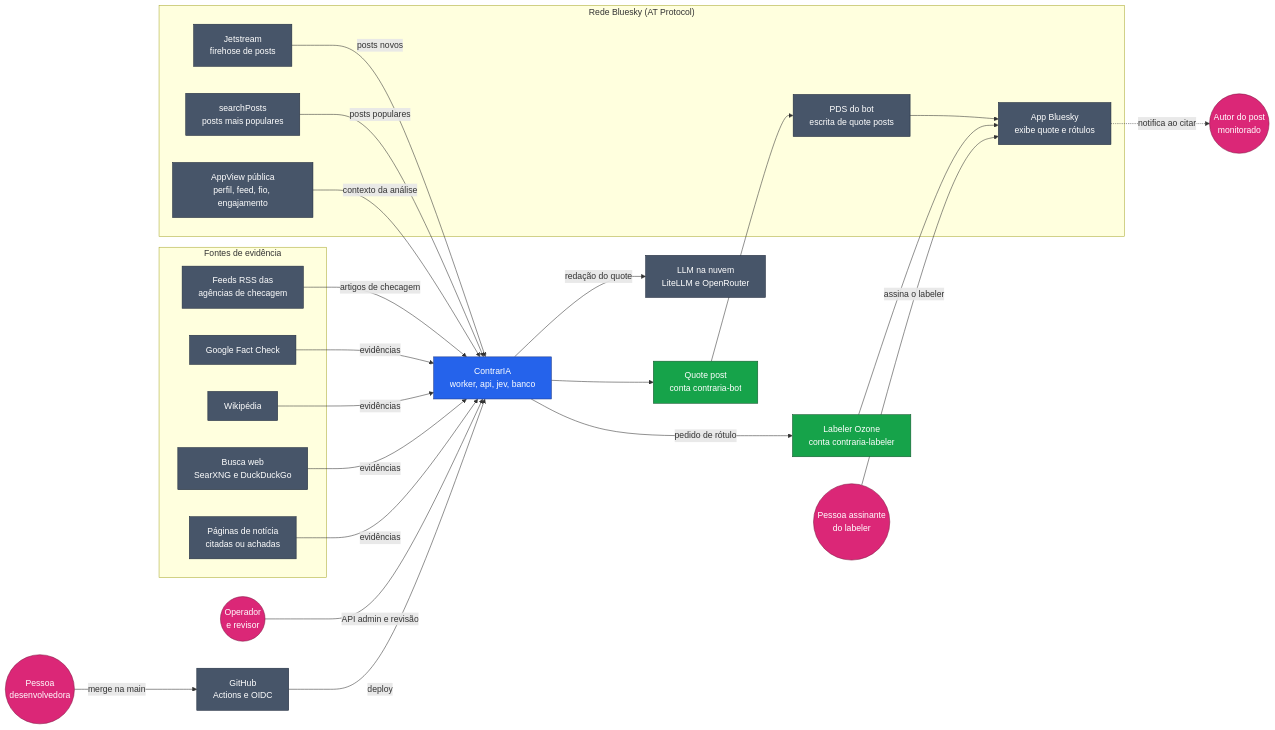
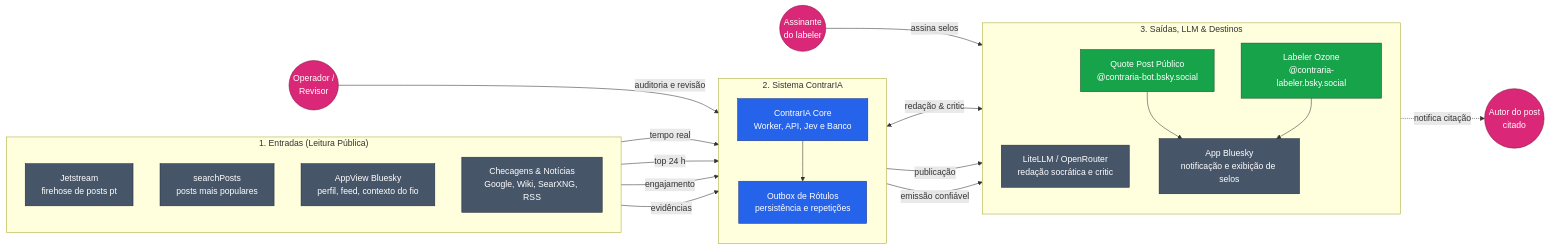
The first of 11 diagrams in docs/arquitetura/mapa-do-sistema.md (moonshinerd/ContrarIA), drawn with Mermaid before and after one commit. The commit also changed 1 other file, not shown here.

Commit message:
docs(arquitetura): reorganiza layout e fluxo dos diagramas mermaid

````diff
--- a/docs/arquitetura/mapa-do-sistema.md
+++ b/docs/arquitetura/mapa-do-sistema.md
@@ -31,48 +31,49 @@
 ```mermaid
 flowchart LR
     classDef ext fill:#475569,stroke:#1e293b,color:#fff
     classDef core fill:#2563eb,stroke:#1e3a8a,color:#fff
     classDef human fill:#db2777,stroke:#831843,color:#fff
     classDef out fill:#16a34a,stroke:#14532d,color:#fff
 
-    AUTH(("Autor do post<br/>monitorado")):::human
-    USER(("Pessoa assinante<br/>do labeler")):::human
-    OPS(("Operador<br/>e revisor")):::human
-    DEV(("Pessoa<br/>desenvolvedora")):::human
-
-    subgraph BSKY["Rede Bluesky (AT Protocol)"]
-        JS["Jetstream<br/>firehose de posts"]:::ext
+    subgraph IN["1. Entradas (Leitura Pública)"]
+        direction TB
+        JS["Jetstream<br/>firehose de posts pt"]:::ext
         SRCH["searchPosts<br/>posts mais populares"]:::ext
-        APPV["AppView pública<br/>perfil, feed, fio, engajamento"]:::ext
-        PDS["PDS do bot<br/>escrita de quote posts"]:::ext
-        APPC["App Bluesky<br/>exibe quote e rótulos"]:::ext
+        APPV["AppView Bluesky<br/>perfil, feed, contexto do fio"]:::ext
+        EVID["Checagens & Notícias<br/>Google, Wiki, SearXNG, RSS"]:::ext
     end
 
-    subgraph EVID["Fontes de evidência"]
-        FC["Google Fact Check"]:::ext
-        WP["Wikipédia"]:::ext
-        WEB["Busca web<br/>SearXNG e DuckDuckGo"]:::ext
-        RSS["Feeds RSS das<br/>agências de checagem"]:::ext
-        ART["Páginas de notícia<br/>citadas ou achadas"]:::ext
+    subgraph SYSTEM["2. Sistema ContrarIA"]
+        direction TB
+        CORE["ContrarIA Core<br/>Worker, API, Jev e Banco"]:::core
+        OB["Outbox de Rótulos<br/>persistência e repetições"]:::core
+        CORE --> OB
     end
 
-    LLM["LLM na nuvem<br/>LiteLLM e OpenRouter"]:::ext
-    GH["GitHub<br/>Actions e OIDC"]:::ext
+    subgraph OUT["3. Saídas, LLM & Destinos"]
+        direction TB
+        LLM["LiteLLM / OpenRouter<br/>redação socrática e critic"]:::ext
+        QP["Quote Post Público<br/>@contraria-bot.bsky.social"]:::out
+        OZ["Labeler Ozone<br/>@contraria-labeler.bsky.social"]:::out
+        APP["App Bluesky<br/>notificação e exibição de selos"]:::ext
+        QP --> APP
+        OZ --> APP
+    end
 
-    CORE["ContrarIA<br/>worker, api, jev, banco"]:::core
-    OZ["Labeler Ozone<br/>conta contraria-labeler"]:::out
-    QP["Quote post<br/>conta contraria-bot"]:::out
+    AUTH(("Autor do post<br/>citado")):::human
+    USER(("Assinante<br/>do labeler")):::human
+    OPS(("Operador /<br/>Revisor")):::human
 
-    JS -->|"posts novos"| CORE
-    SRCH -->|"posts populares"| CORE
-    APPV -->|"contexto da análise"| CORE
-    RSS -->|"artigos de checagem"| CORE
-    FC & WP & WEB & ART -->|"evidências"| CORE
-    CORE -->|"redação do quote"| LLM
-    CORE --> QP --> PDS --> APPC
-    CORE -->|"pedido de rótulo"| OZ --> APPC
-    APPC -.->|"notifica ao citar"| AUTH
-    USER -->|"assina o labeler"| APPC
-    OPS -->|"API admin e revisão"| CORE
-    DEV -->|"merge na main"| GH -->|"deploy"| CORE
+    JS -->|"tempo real"| CORE
+    SRCH -->|"top 24 h"| CORE
+    APPV -->|"engajamento"| CORE
+    EVID -->|"evidências"| CORE
+
+    CORE <-->|"redação & critic"| LLM
+    CORE -->|"publicação"| QP
+    OB -->|"emissão confiável"| OZ
+
+    APP -.->|"notifica citação"| AUTH
+    USER -->|"assina selos"| APP
+    OPS -->|"auditoria e revisão"| CORE
 ```
````
